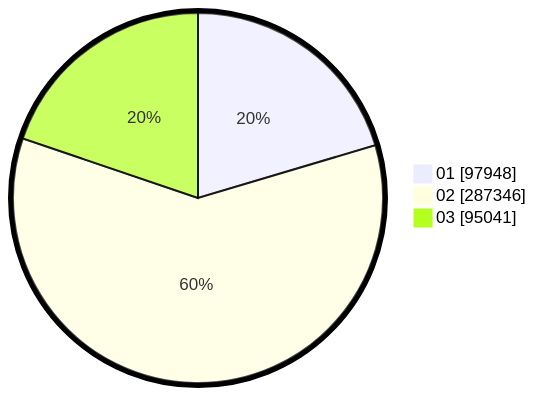
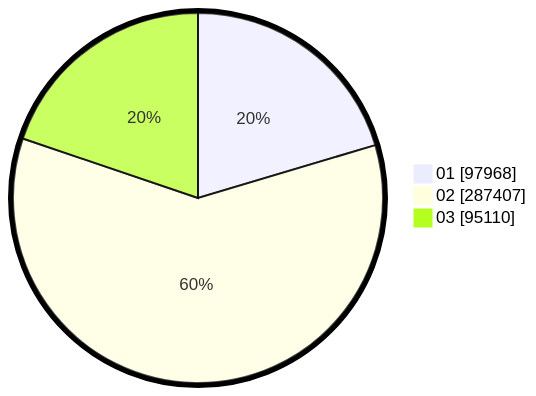
The second of 2 diagrams in pilpres/hitung-suara/sub/table-wilayah-99.md (gigit-pemilu/pemilu-2024), drawn with Mermaid before and after one commit. The commit also changed other lines of this file and 5 other files, not shown here.

````diff
--- a/pilpres/hitung-suara/sub/table-wilayah-99.md
+++ b/pilpres/hitung-suara/sub/table-wilayah-99.md
@@ -15,7 +15,7 @@
 ```mermaid
 %%{init: {"pie": {"textPosition": 0.5}, "themeVariables": {"pieOuterStrokeWidth": "5px"}} }%%
 pie showData
-    "01" : 97948
-    "02" : 287346
-    "03" : 95041
+    "01" : 97968
+    "02" : 287407
+    "03" : 95110
 ```
````
